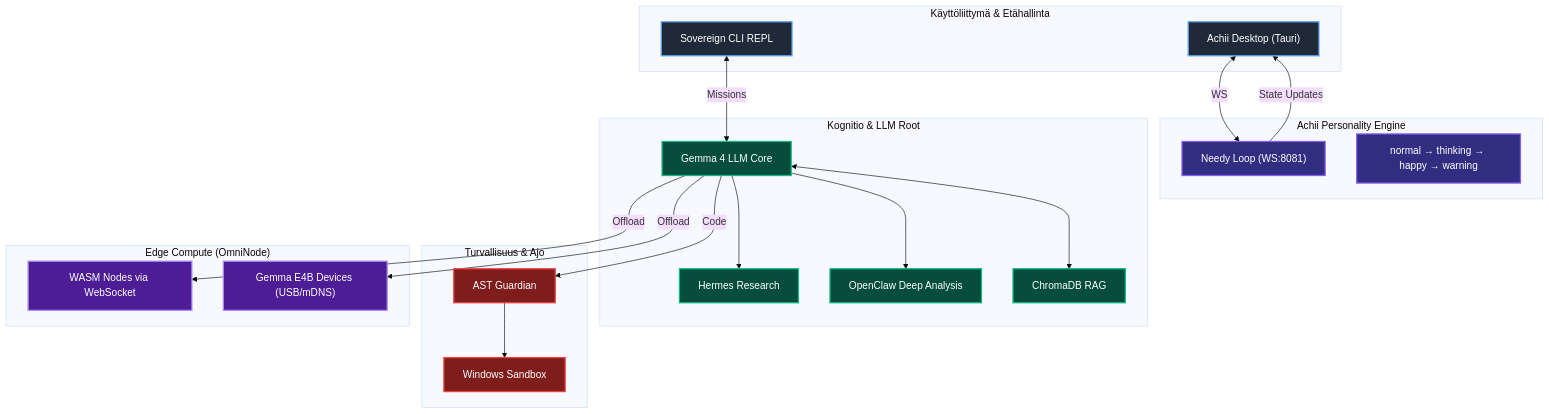
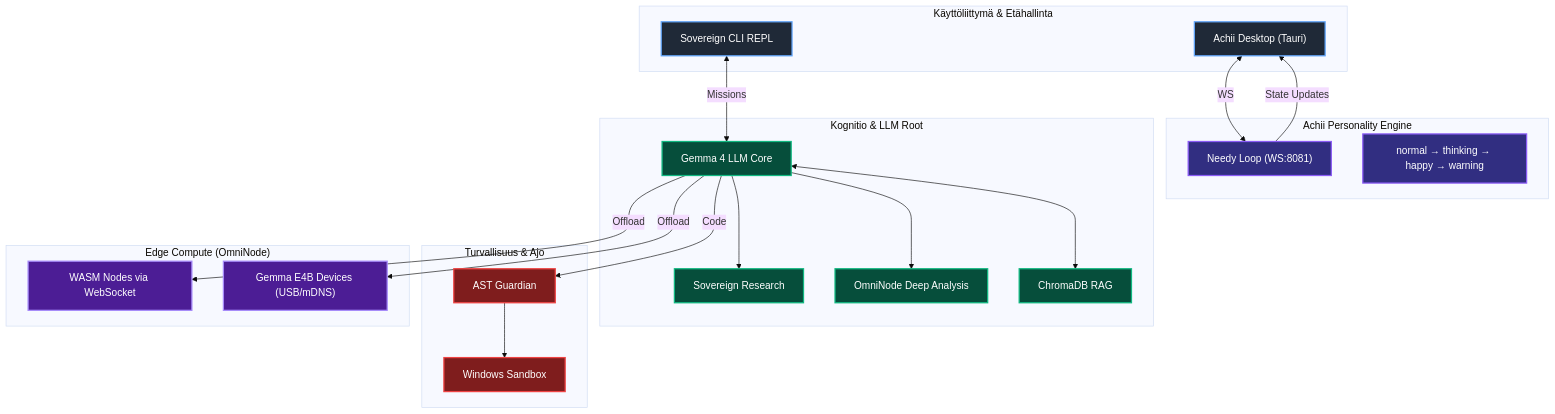
One commit to harleysederholm-alt/AgentDir changed the diagram in README.md. Above: the diagram before and after it, drawn with Mermaid (base theme). The commit also changed other lines of this file and 53 other files, not shown here.

````diff
--- a/README.md
+++ b/README.md
@@ -42,46 +42,46 @@
 ```mermaid
 graph TD
     classDef ui fill:#1F2937,stroke:#60A5FA,stroke-width:2px,color:#fff
     classDef core fill:#312E81,stroke:#8B5CF6,stroke-width:2px,color:#fff
     classDef mem fill:#064E3B,stroke:#10B981,stroke-width:2px,color:#fff
     classDef exe fill:#7F1D1D,stroke:#EF4444,stroke-width:2px,color:#fff
     classDef net fill:#4C1D95,stroke:#A78BFA,stroke-width:2px,color:#fff
 
     subgraph UI["Käyttöliittymä & Etähallinta"]
         T["Achii Desktop (Tauri)"]:::ui
         CLI[Sovereign CLI REPL]:::ui
     end
 
     subgraph ACHII["Achii Personality Engine"]
         NL["Needy Loop (WS:8081)"]:::core
         States["normal → thinking → happy → warning"]:::core
     end
 
     subgraph COGNET["Kognitio & LLM Root"]
-        Hermes[Hermes Research]:::mem
-        OC[OpenClaw Deep Analysis]:::mem
+        Sovereign[Sovereign Research]:::mem
+        OC[OmniNode Deep Analysis]:::mem
         LLM[Gemma 4 LLM Core]:::mem
         RAG["ChromaDB RAG"]:::mem
     end
 
     subgraph EXEC["Turvallisuus & Ajo"]
         AST[AST Guardian]:::exe
         WSBOX[Windows Sandbox]:::exe
     end
 
     subgraph NETWORK["Edge Compute (OmniNode)"]
         OMNI_WS[WASM Nodes via WebSocket]:::net
         OMNI_MDNS["Gemma E4B Devices (USB/mDNS)"]:::net
     end
 
     T <--> |WS| NL
     CLI <--> |Missions| LLM
     NL --> |State Updates| T
     LLM <--> RAG
-    LLM --> Hermes
+    LLM --> Sovereign
     LLM --> OC
     LLM --> |Code| AST
     AST --> WSBOX
     LLM --> |Offload| OMNI_WS
     LLM --> |Offload| OMNI_MDNS
 ```
````
